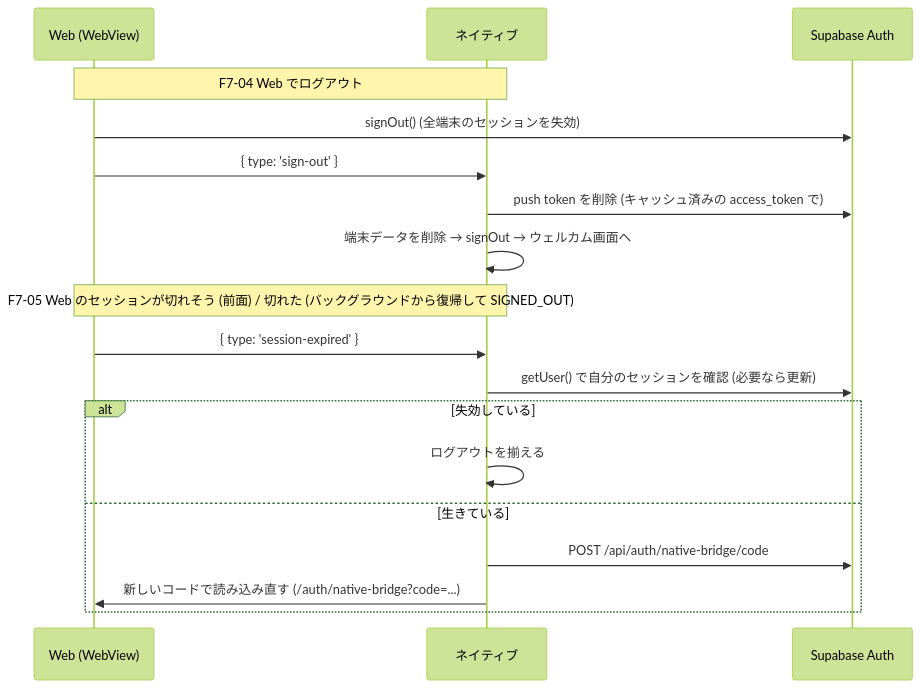
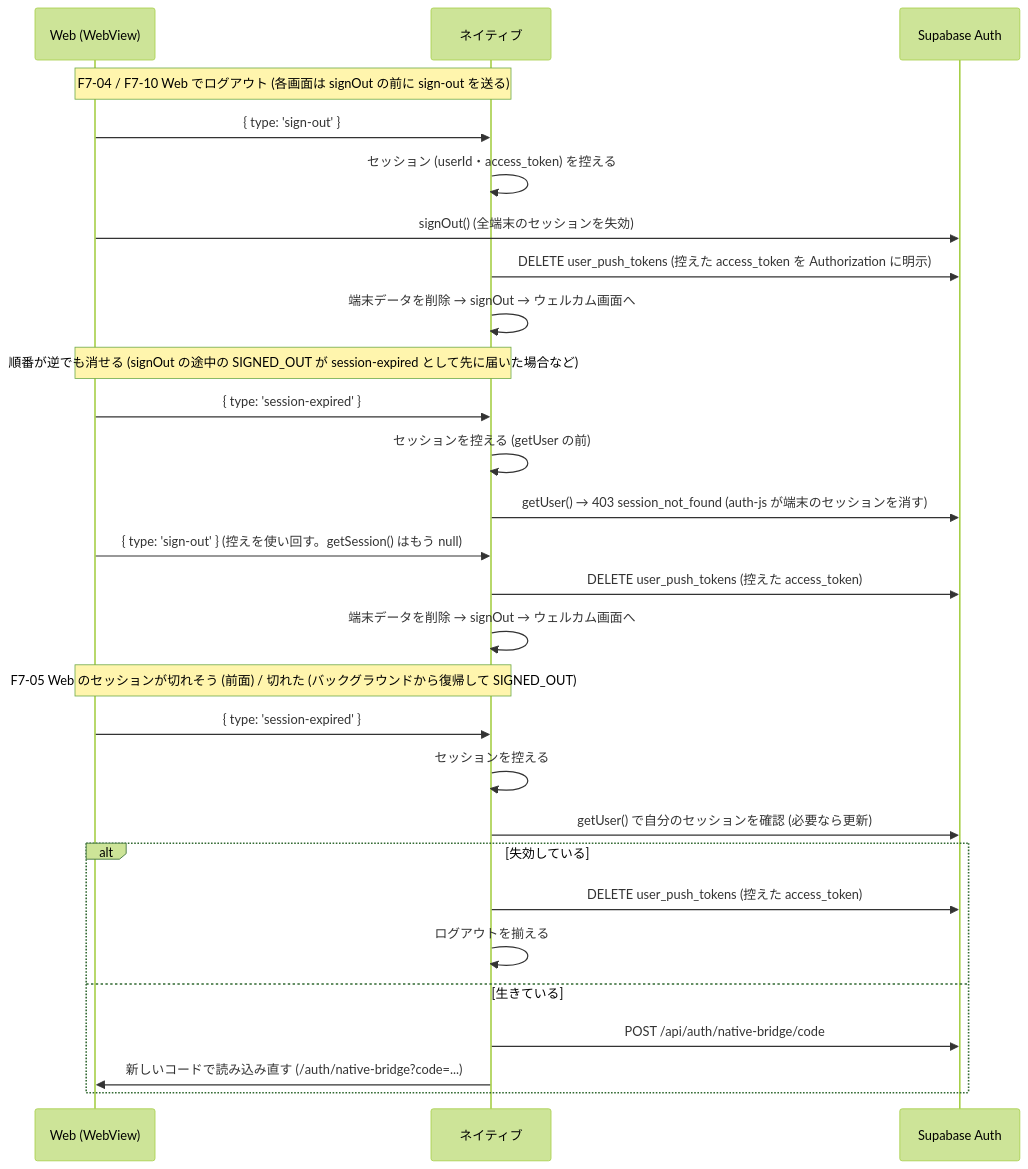
Before and after one commit to DaisukeHori/homegohan-app: the diagram in docs/design/mobile/05-auth-session.md, drawn with Mermaid (forest theme). The commit also changed other lines of this file and 23 other files, not shown here.

First line of the commit message:
fix(web,mobile): WebView からのログアウトで push token の行が消せなくなっていた後退を直す (#1038 レビュー指摘)

````diff
--- a/docs/design/mobile/05-auth-session.md
+++ b/docs/design/mobile/05-auth-session.md
@@ -149,22 +185,33 @@
 ```mermaid
 sequenceDiagram
   participant W as Web (WebView)
   participant N as ネイティブ
   participant S as Supabase Auth
 
-  Note over W,N: F7-04 Web でログアウト
+  Note over W,N: F7-04 / F7-10 Web でログアウト (各画面は signOut の前に sign-out を送る)
+  W->>N: { type: 'sign-out' }
+  N->>N: セッション (userId・access_token) を控える
   W->>S: signOut() (全端末のセッションを失効)
-  W->>N: { type: 'sign-out' }
-  N->>S: push token を削除 (キャッシュ済みの access_token で)
+  N->>S: DELETE user_push_tokens (控えた access_token を Authorization に明示)
+  N->>N: 端末データを削除 → signOut → ウェルカム画面へ
+
+  Note over W,N: 順番が逆でも消せる (signOut の途中の SIGNED_OUT が session-expired として先に届いた場合など)
+  W->>N: { type: 'session-expired' }
+  N->>N: セッションを控える (getUser の前)
+  N->>S: getUser() → 403 session_not_found (auth-js が端末のセッションを消す)
+  W->>N: { type: 'sign-out' } (控えを使い回す。getSession() はもう null)
+  N->>S: DELETE user_push_tokens (控えた access_token)
   N->>N: 端末データを削除 → signOut → ウェルカム画面へ
 
   Note over W,N: F7-05 Web のセッションが切れそう (前面) / 切れた (バックグラウンドから復帰して SIGNED_OUT)
   W->>N: { type: 'session-expired' }
+  N->>N: セッションを控える
   N->>S: getUser() で自分のセッションを確認 (必要なら更新)
   alt 失効している
+    N->>S: DELETE user_push_tokens (控えた access_token)
     N->>N: ログアウトを揃える
   else 生きている
     N->>S: POST /api/auth/native-bridge/code
     N->>W: 新しいコードで読み込み直す (/auth/native-bridge?code=...)
   end
 ```
````
